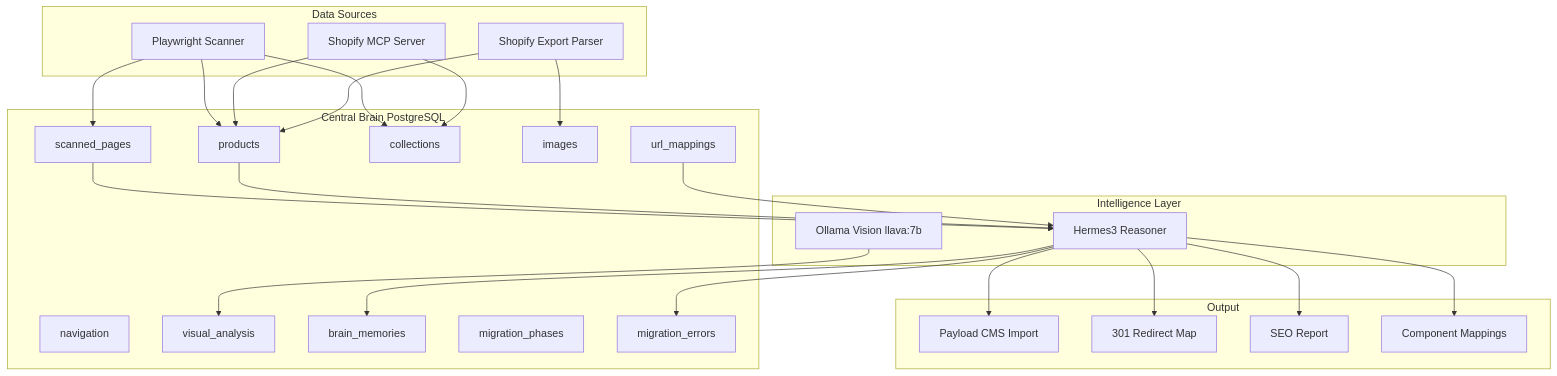
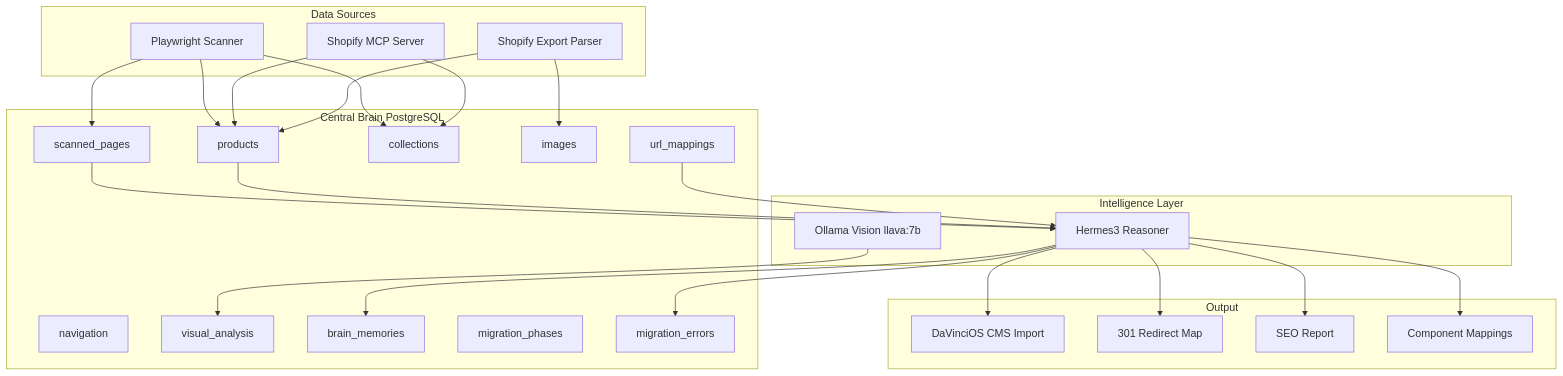
The third of 9 diagrams in docs/WORKFLOW_DIAGRAM.md (jpgyap-sudo/homeu-commerce), drawn with Mermaid before and after one commit. The commit also changed other lines of this file and 120 other files, not shown here.

````diff
--- a/docs/WORKFLOW_DIAGRAM.md
+++ b/docs/WORKFLOW_DIAGRAM.md
@@ -35,47 +35,47 @@
 ```mermaid
 flowchart TD
     subgraph "Data Sources"
         S1[Playwright Scanner]
         S2[Shopify MCP Server]
         S3[Shopify Export Parser]
     end
     subgraph "Central Brain PostgreSQL"
         T1[scanned_pages]
         T2[products]
         T3[collections]
         T4[images]
         T5[url_mappings]
         T6[navigation]
         T7[visual_analysis]
         T8[brain_memories]
         T9[migration_phases]
         T10[migration_errors]
     end
     subgraph "Intelligence Layer"
         H1[Hermes3 Reasoner]
         H2[Ollama Vision llava:7b]
     end
     subgraph "Output"
-        O1[Payload CMS Import]
+        O1[DaVinciOS CMS Import]
         O2[301 Redirect Map]
         O3[SEO Report]
         O4[Component Mappings]
     end
     S1 --> T1
     S1 --> T2
     S1 --> T3
     S2 --> T2
     S2 --> T3
     S3 --> T2
     S3 --> T4
     T1 --> H1
     T2 --> H1
     T5 --> H1
     H1 --> T8
     H1 --> T10
     H2 --> T7
     H1 --> O1
     H1 --> O2
     H1 --> O3
     H1 --> O4
 ```
````
